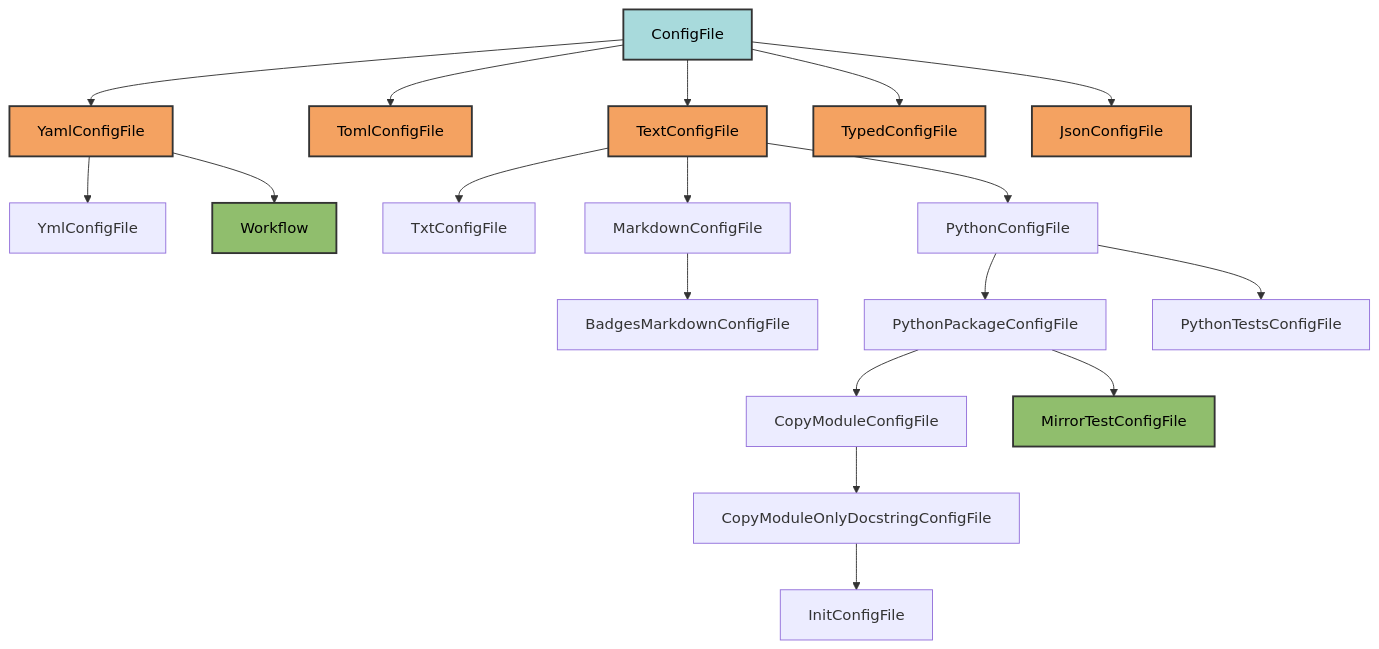
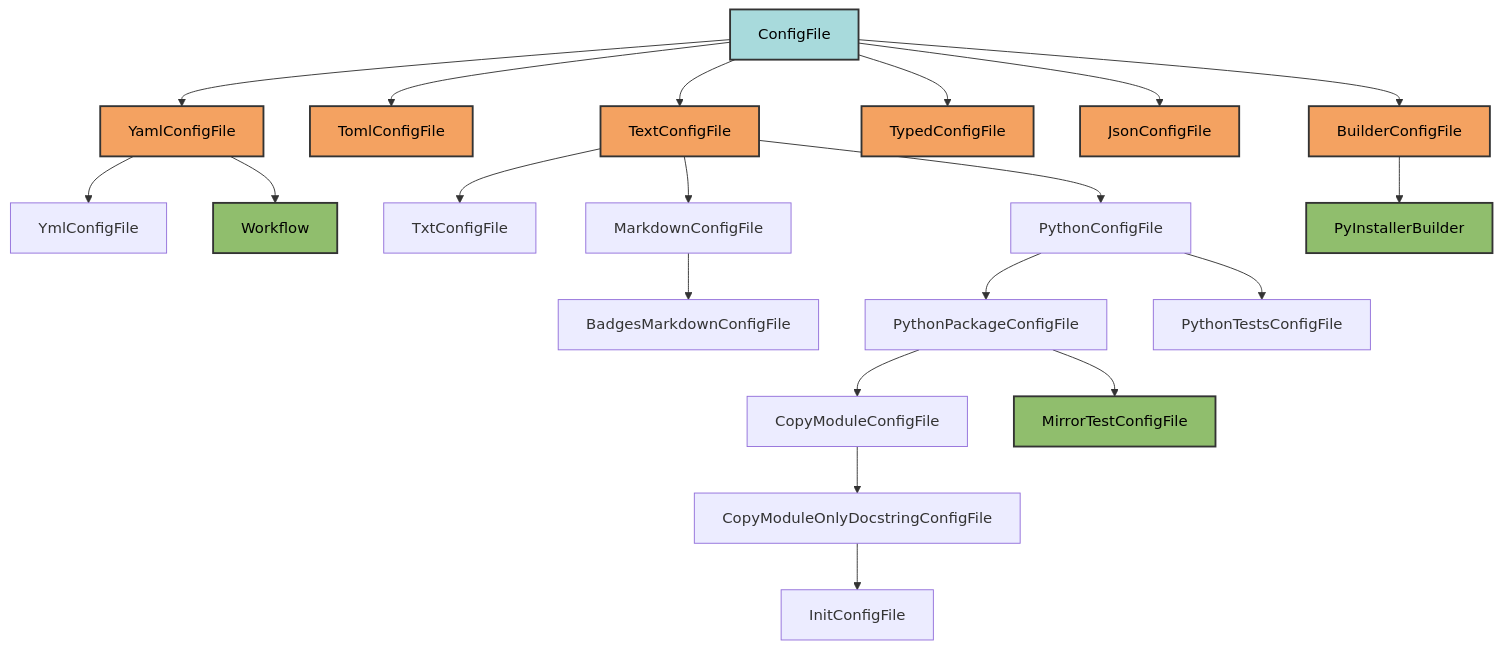
One commit to Winipedia/pyrig changed the first of 3 diagrams in docs/configs/architecture.md. Above: the diagram before and after it, drawn with Mermaid. The commit also changed other lines of this file and 55 other files, not shown here.

````diff
--- a/docs/configs/architecture.md
+++ b/docs/configs/architecture.md
@@ -18,34 +18,39 @@
 ```mermaid
 graph TD
     A[ConfigFile] --> B[YamlConfigFile]
     A --> C[TomlConfigFile]
     A --> D[TextConfigFile]
     A --> E[TypedConfigFile]
     A --> F[JsonConfigFile]
+    A --> G[BuilderConfigFile]
 
     B --> B1[YmlConfigFile]
     B --> B2[Workflow]
 
     D --> D1[TxtConfigFile]
     D --> D2[MarkdownConfigFile]
     D --> D3[PythonConfigFile]
 
     D2 --> D2A[BadgesMarkdownConfigFile]
 
     D3 --> D3A[PythonPackageConfigFile]
     D3 --> D3B[PythonTestsConfigFile]
 
     D3A --> D3A1[CopyModuleConfigFile]
     D3A --> D3A2[MirrorTestConfigFile]
     D3A1 --> D3A1A[CopyModuleOnlyDocstringConfigFile]
     D3A1A --> D3A1A1[InitConfigFile]
 
+    G --> G1[PyInstallerBuilder]
+
     style A fill:#a8dadc,stroke:#333,stroke-width:2px,color:#000
     style B fill:#f4a261,stroke:#333,stroke-width:2px,color:#000
     style C fill:#f4a261,stroke:#333,stroke-width:2px,color:#000
     style D fill:#f4a261,stroke:#333,stroke-width:2px,color:#000
     style E fill:#f4a261,stroke:#333,stroke-width:2px,color:#000
     style F fill:#f4a261,stroke:#333,stroke-width:2px,color:#000
+    style G fill:#f4a261,stroke:#333,stroke-width:2px,color:#000
     style B2 fill:#90be6d,stroke:#333,stroke-width:2px,color:#000
     style D3A2 fill:#90be6d,stroke:#333,stroke-width:2px,color:#000
+    style G1 fill:#90be6d,stroke:#333,stroke-width:2px,color:#000
 ```
````
